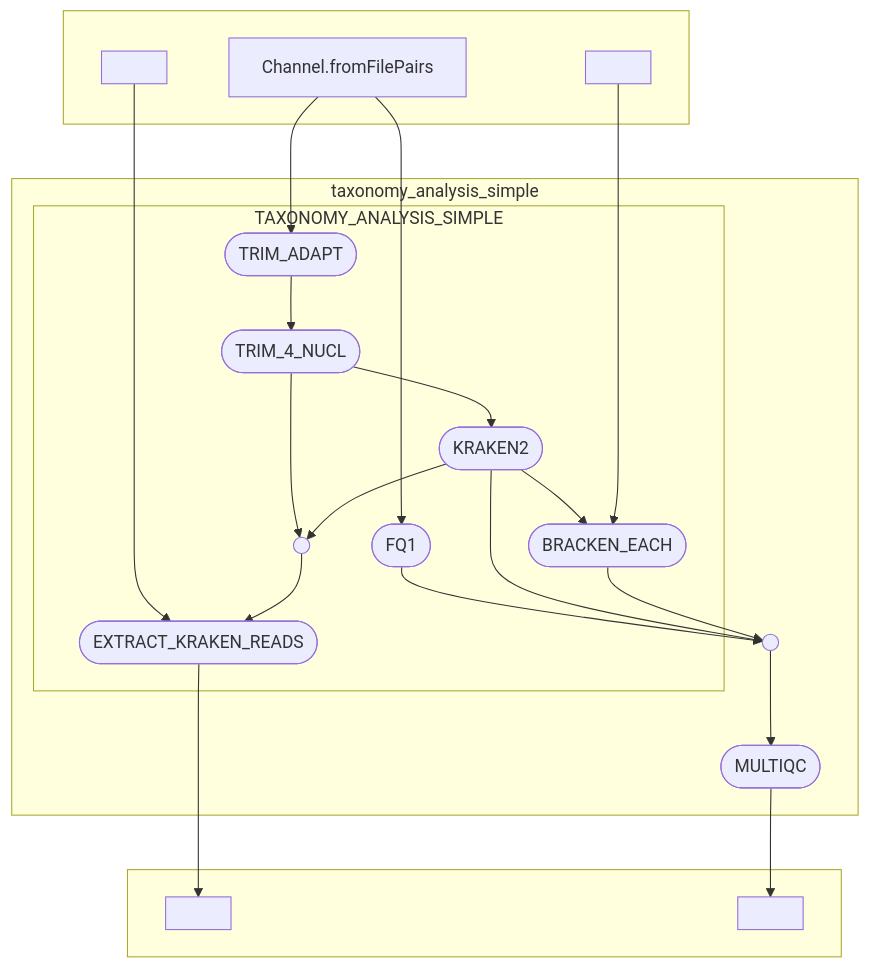
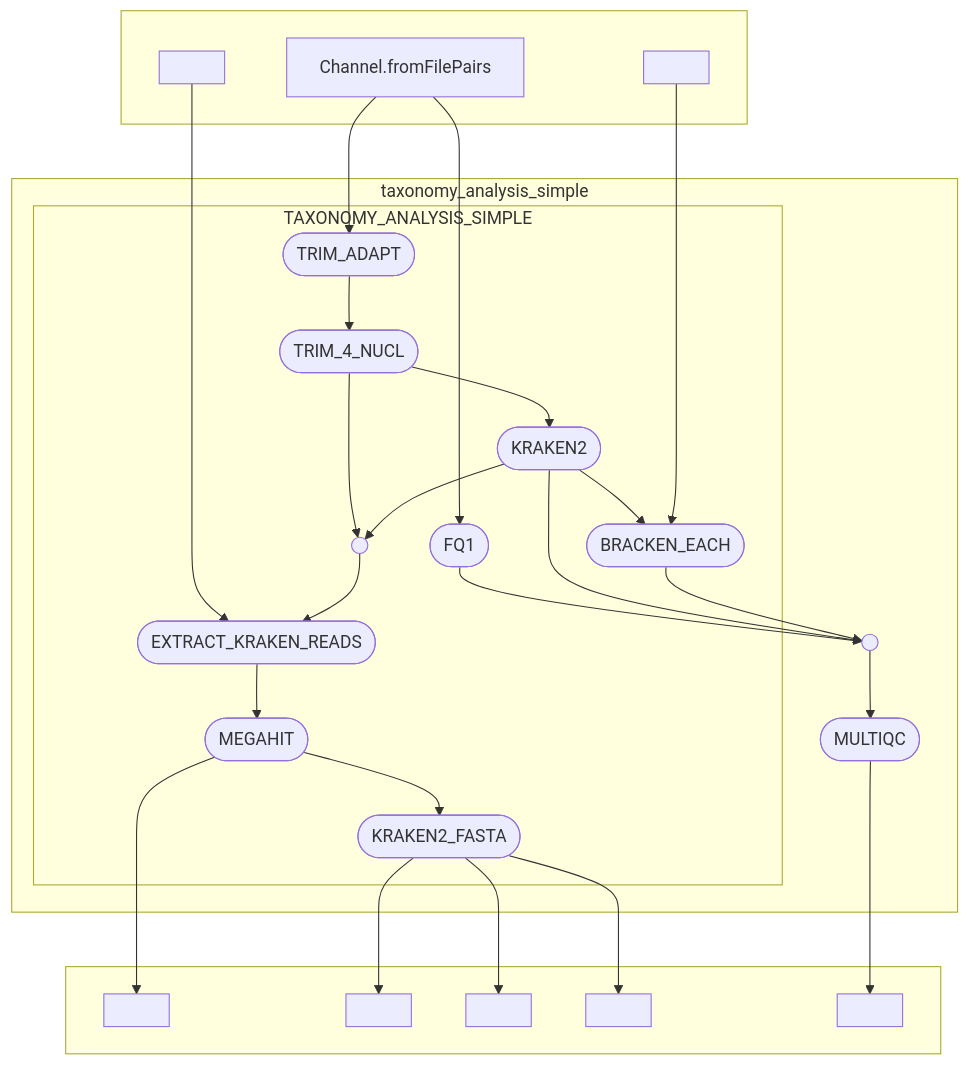
Before and after one commit to magletdinov/nextflow_projects: the diagram in dag.mmd, drawn with Mermaid. The commit also changed 4 other files, not shown here.

```diff
--- a/dag.mmd
+++ b/dag.mmd
@@ -1,39 +1,49 @@
 flowchart TB
     subgraph " "
     v0["Channel.fromFilePairs"]
     v5[" "]
     v9[" "]
     end
     subgraph taxonomy_analysis_simple
     subgraph TAXONOMY_ANALYSIS_SIMPLE
     v1([FQ1])
     v2([TRIM_ADAPT])
     v3([TRIM_4_NUCL])
     v4([KRAKEN2])
     v6([BRACKEN_EACH])
     v10([EXTRACT_KRAKEN_READS])
+    v11([MEGAHIT])
+    v13([KRAKEN2_FASTA])
     v7(( ))
     end
-    v15([MULTIQC])
-    v12(( ))
+    v20([MULTIQC])
+    v17(( ))
     end
     subgraph " "
-    v11[" "]
+    v12[" "]
+    v14[" "]
+    v15[" "]
     v16[" "]
+    v21[" "]
     end
     v0 --> v1
     v0 --> v2
-    v1 --> v12
+    v1 --> v17
     v2 --> v3
     v3 --> v4
     v3 --> v7
     v4 --> v6
     v4 --> v7
-    v4 --> v12
+    v4 --> v17
     v5 --> v6
-    v6 --> v12
+    v6 --> v17
     v9 --> v10
     v7 --> v10
     v10 --> v11
-    v12 --> v15
-    v15 --> v16
+    v11 --> v12
+    v11 --> v13
+    v13 --> v16
+    v13 --> v15
+    v13 --> v14
+    v17 --> v20
+    v20 --> v21
```
